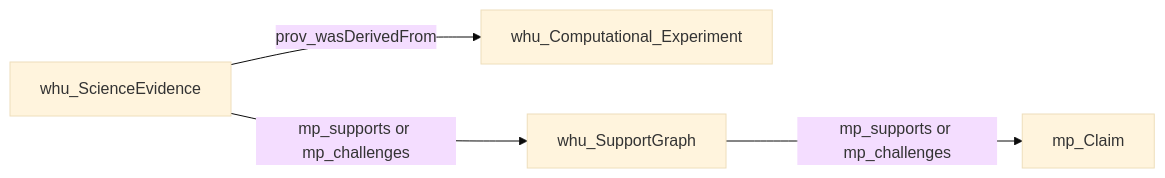
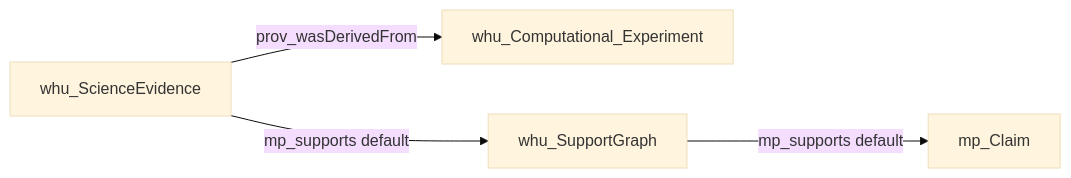
One commit to tomisagoodcat/bae_rag changed the first of 2 diagrams in kg_build_pipeline/prompts/custom_prompt.md. Above: the diagram before and after it, drawn with Mermaid (base theme). The commit also changed other lines of this file and 49 other files, not shown here.

````diff
--- a/kg_build_pipeline/prompts/custom_prompt.md
+++ b/kg_build_pipeline/prompts/custom_prompt.md
@@ -157,10 +178,10 @@
 ```mermaid
 flowchart LR
   CE[whu_Computational_Experiment]
   SE[whu_ScienceEvidence]
   SG[whu_SupportGraph]
   CL[mp_Claim]
   SE -->|prov_wasDerivedFrom| CE
-  SE -->|mp_supports or mp_challenges| SG
-  SG -->|mp_supports or mp_challenges| CL
+  SE -->|mp_supports default| SG
+  SG -->|mp_supports default| CL
 ```
````
